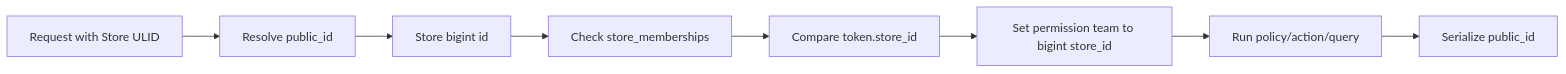
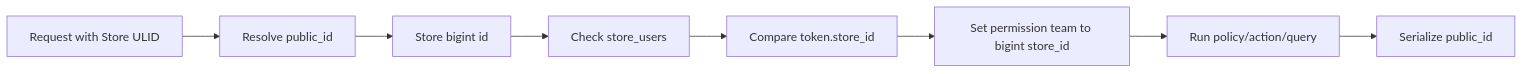
Before and after one commit to fzeeso/shopnxebk: the diagram in docs/context.md, drawn with Mermaid. The commit also changed other lines of this file and 52 other files, not shown here.

Commit message:
store database architecture

````diff
--- a/docs/context.md
+++ b/docs/context.md
@@ -107,13 +118,13 @@
 ```mermaid
 flowchart LR
     Request["Request with Store ULID"]
     Resolve["Resolve public_id"]
     Store["Store bigint id"]
-    Membership["Check store_memberships"]
+    Membership["Check store_users"]
     Token["Compare token.store_id"]
     Team["Set permission team to bigint store_id"]
     Domain["Run policy/action/query"]
     Public["Serialize public_id"]
 
     Request --> Resolve --> Store --> Membership --> Token --> Team --> Domain --> Public
 ```
````
